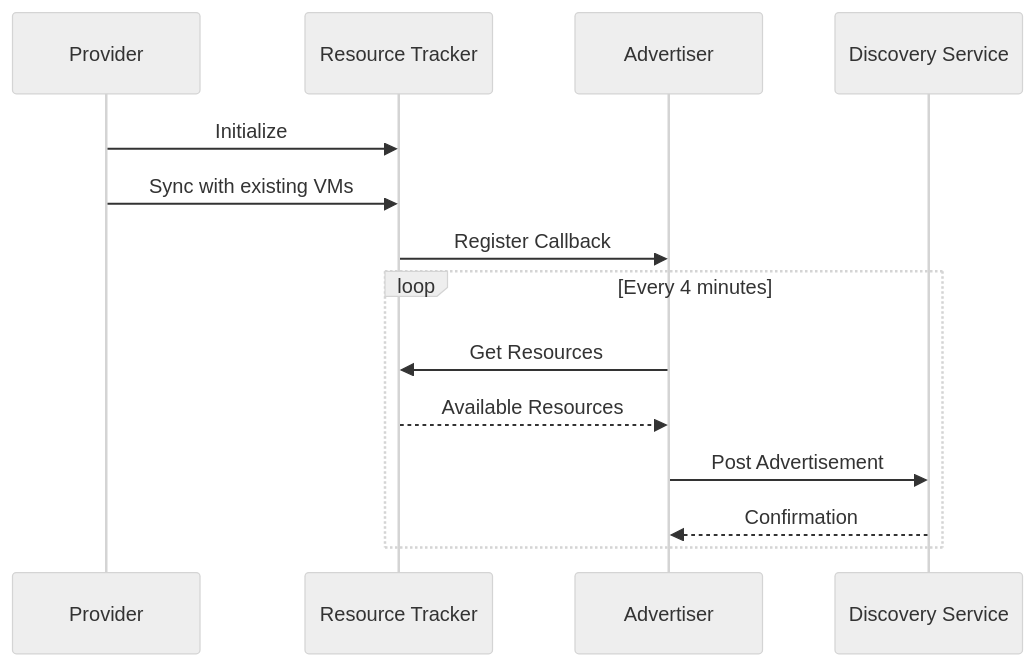
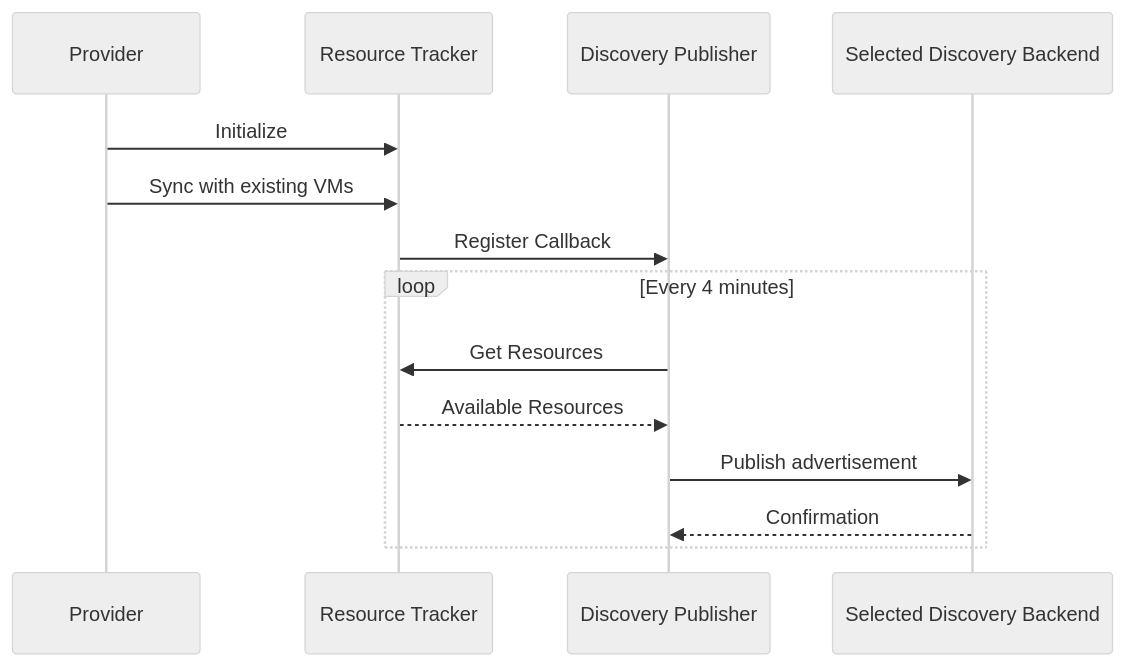
One commit to cryptobench/vm-on-golem changed the sixth of 6 diagrams in provider-server/README.md. Above: the diagram before and after it, drawn with Mermaid (neutral theme). The commit also changed other lines of this file and 222 other files, not shown here.

````diff
--- a/provider-server/README.md
+++ b/provider-server/README.md
@@ -538,17 +538,17 @@
 ```mermaid
 sequenceDiagram
     participant P as Provider
     participant RT as Resource Tracker
-    participant AD as Advertiser
-    participant DS as Discovery Service
+    participant AD as Discovery Publisher
+    participant DS as Selected Discovery Backend
 
     P->>RT: Initialize
     P->>RT: Sync with existing VMs
     RT->>AD: Register Callback
     loop Every 4 minutes
         AD->>RT: Get Resources
         RT-->>AD: Available Resources
-        AD->>DS: Post Advertisement
+        AD->>DS: Publish advertisement
         DS-->>AD: Confirmation
     end
 ```
````
